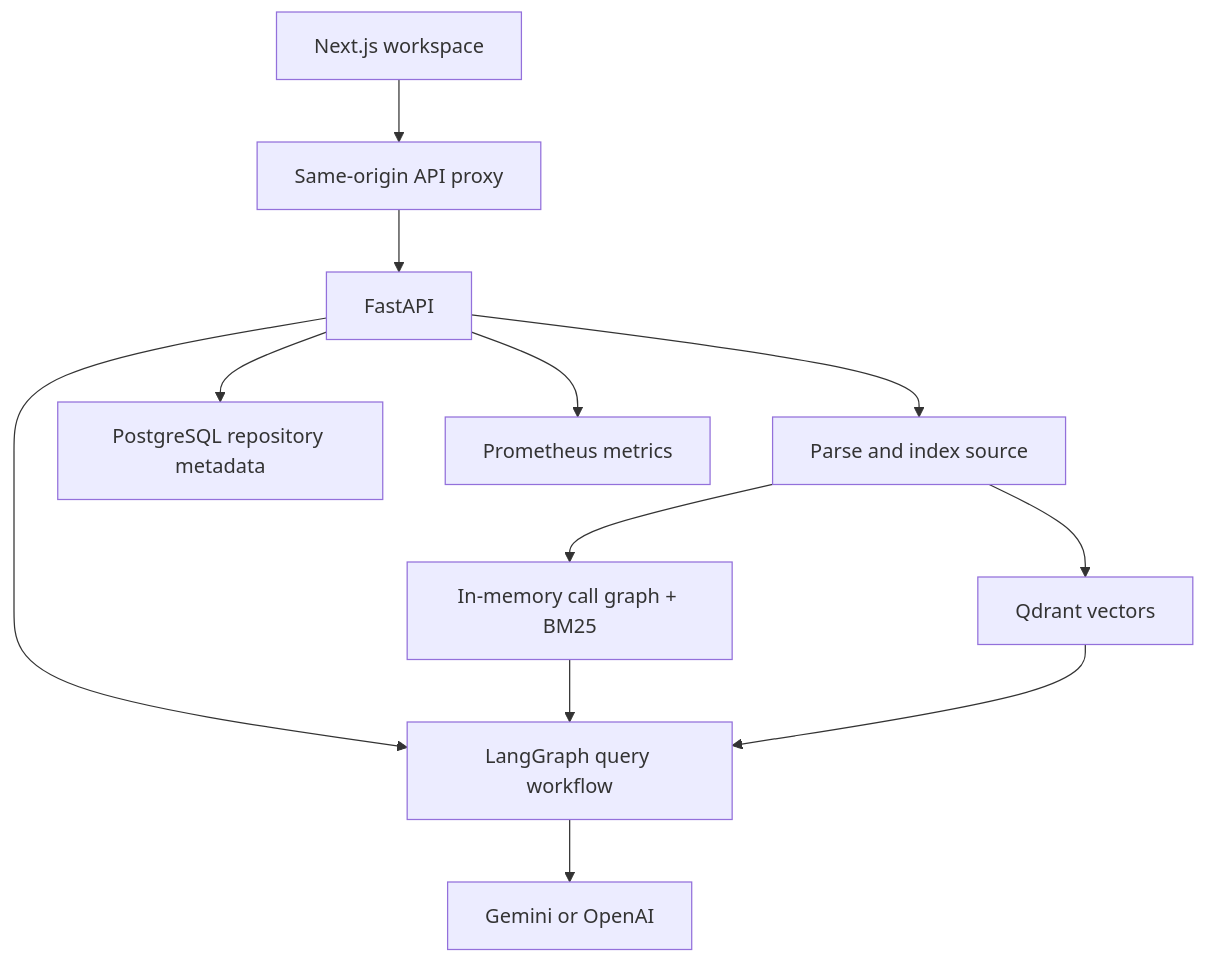
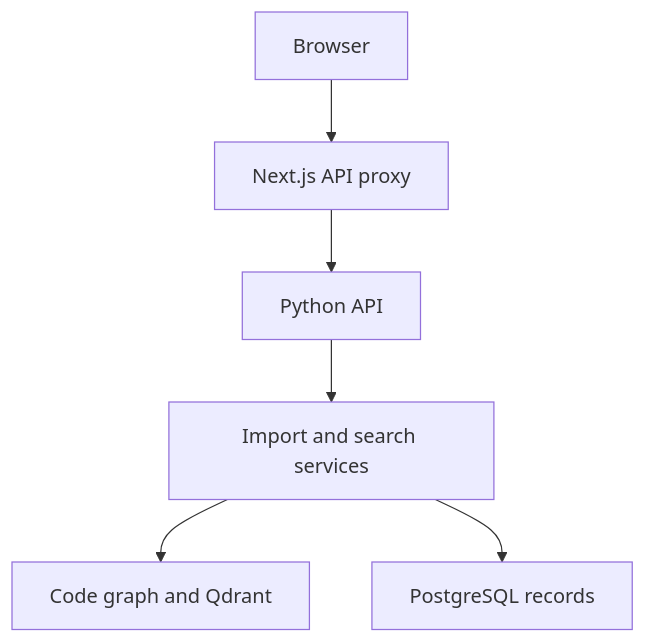
One commit to YashJain2410/CodeSage changed the first of 2 diagrams in docs/ARCHITECTURE.md. Above: the diagram before and after it, drawn with Mermaid. The commit also changed other lines of this file and 13 other files, not shown here.

Commit message:
Fixed architecture and documentation

````diff
--- a/docs/ARCHITECTURE.md
+++ b/docs/ARCHITECTURE.md
@@ -5,14 +5,8 @@
 ```mermaid
 flowchart TD
-    UI[Next.js workspace] --> P[Same-origin API proxy]
-    P --> API[FastAPI]
-    API --> I[Parse and index source]
-    I --> G[In-memory call graph + BM25]
-    I --> V[Qdrant vectors]
-    API --> DB[PostgreSQL repository metadata]
-    API --> Q[LangGraph query workflow]
-    G --> Q
-    V --> Q
-    Q --> L[Gemini or OpenAI]
-    API --> M[Prometheus metrics]
+    A[Browser] --> B[Next.js API proxy]
+    B --> C[Python API]
+    C --> D[Import and search services]
+    D --> E[Code graph and Qdrant]
+    D --> F[PostgreSQL records]
 ```
````
